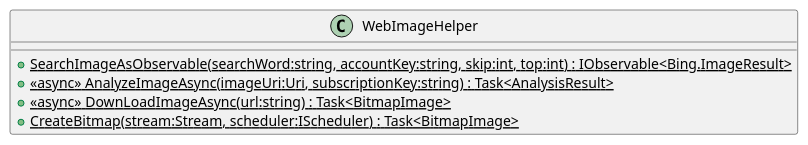
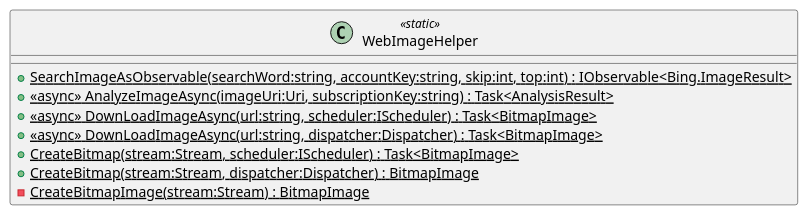
One commit to pierre3/ReactiveBingViewer changed the diagram in uml/ClassDiagrams/Models/WebImageHelper.plantuml. Above: the diagram before and after it, drawn with PlantUML. The commit also changed 6 other files, not shown here.

Commit message:
BitmapImage 生成処理周りを少し変更

```diff
--- a/uml/ClassDiagrams/Models/WebImageHelper.plantuml
+++ b/uml/ClassDiagrams/Models/WebImageHelper.plantuml
@@ -1,6 +1,9 @@
-class WebImageHelper {
+class WebImageHelper <<static>> {
     + {static} SearchImageAsObservable(searchWord:string, accountKey:string, skip:int, top:int) : IObservable<Bing.ImageResult>
     + <<async>> {static} AnalyzeImageAsync(imageUri:Uri, subscriptionKey:string) : Task<AnalysisResult>
-    + {static} <<async>> DownLoadImageAsync(url:string) : Task<BitmapImage>
+    + {static} <<async>> DownLoadImageAsync(url:string, scheduler:IScheduler) : Task<BitmapImage>
+    + {static} <<async>> DownLoadImageAsync(url:string, dispatcher:Dispatcher) : Task<BitmapImage>
     + {static} CreateBitmap(stream:Stream, scheduler:IScheduler) : Task<BitmapImage>
+    + {static} CreateBitmap(stream:Stream, dispatcher:Dispatcher) : BitmapImage
+    - {static} CreateBitmapImage(stream:Stream) : BitmapImage
 }
```
